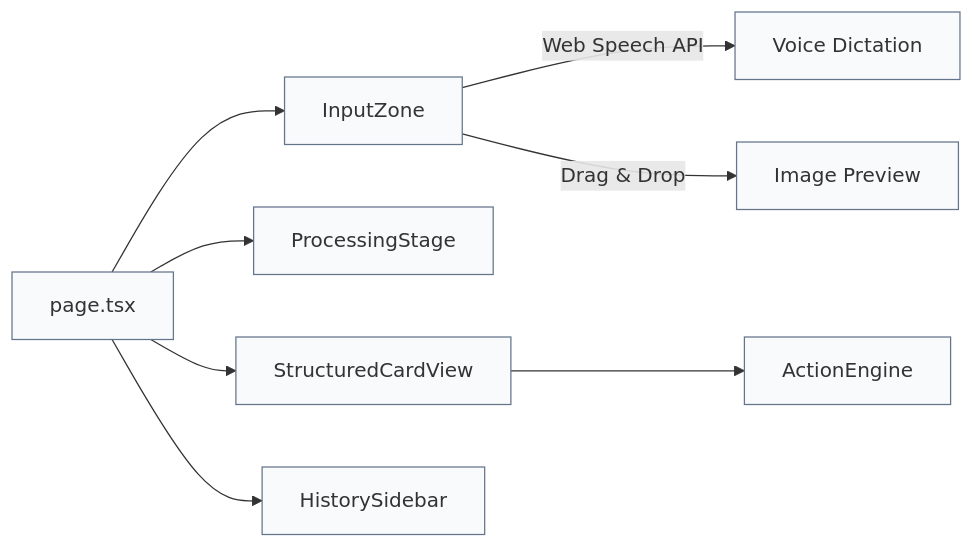
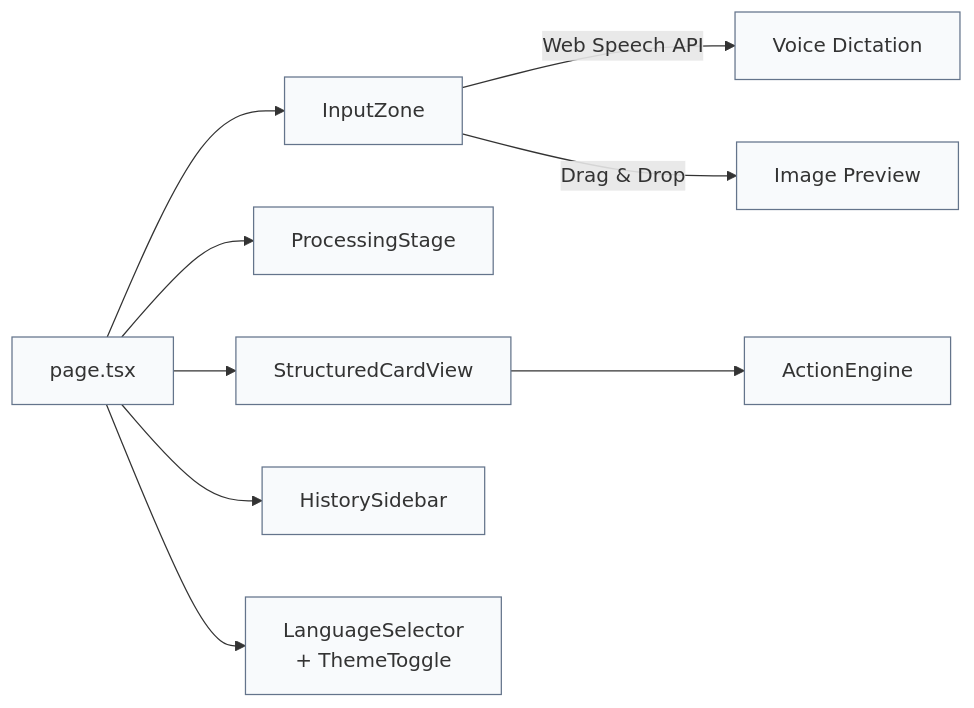
One commit to DecentralizedJM/PromptWar changed the third of 3 diagrams in README.md. Above: the diagram before and after it, drawn with Mermaid. The commit also changed other lines of this file, not shown here.

````diff
--- a/README.md
+++ b/README.md
@@ -126,12 +137,13 @@
 ```mermaid
 graph LR
     classDef comp fill:#f8fafc,stroke:#64748b,stroke-width:1px
 
     Page["page.tsx"]:::comp --> InputZone:::comp
     Page --> ProcessingStage:::comp
     Page --> StructuredCardView:::comp
     Page --> HistorySidebar:::comp
+    Page --> LanguageSelector["LanguageSelector<br/>+ ThemeToggle"]:::comp
     StructuredCardView --> ActionEngine:::comp
     InputZone -->|"Web Speech API"| VoiceInput["Voice Dictation"]:::comp
     InputZone -->|"Drag & Drop"| ImageInput["Image Preview"]:::comp
 ```
````
